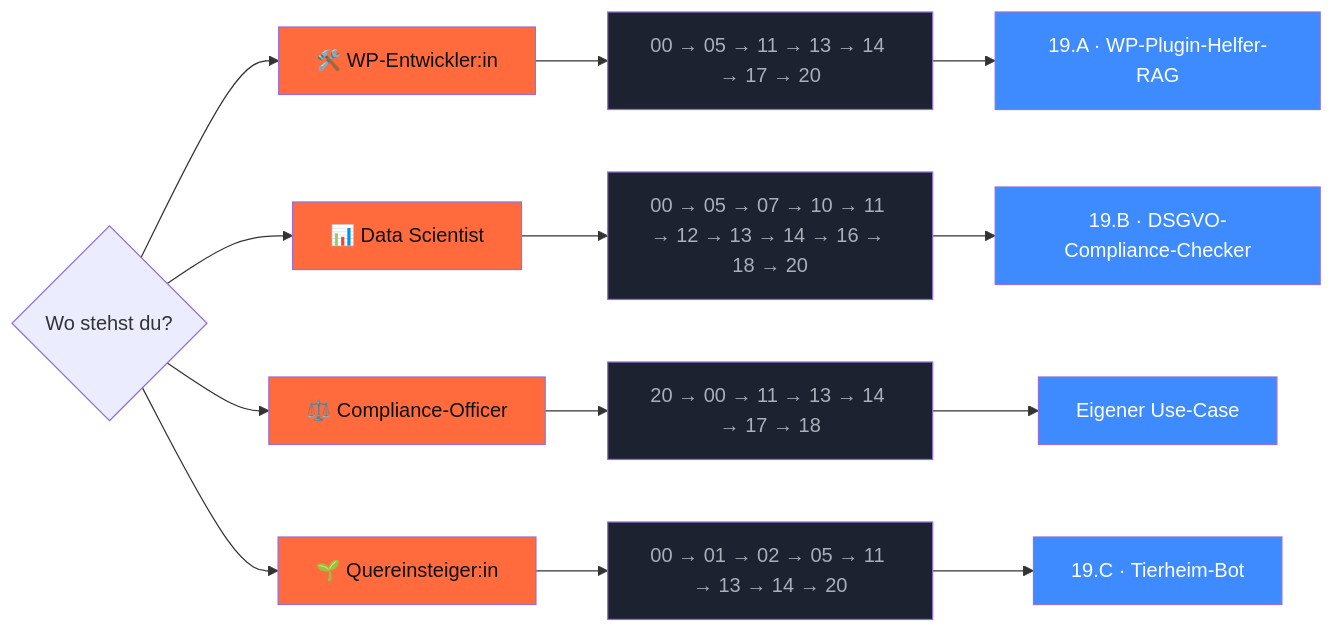
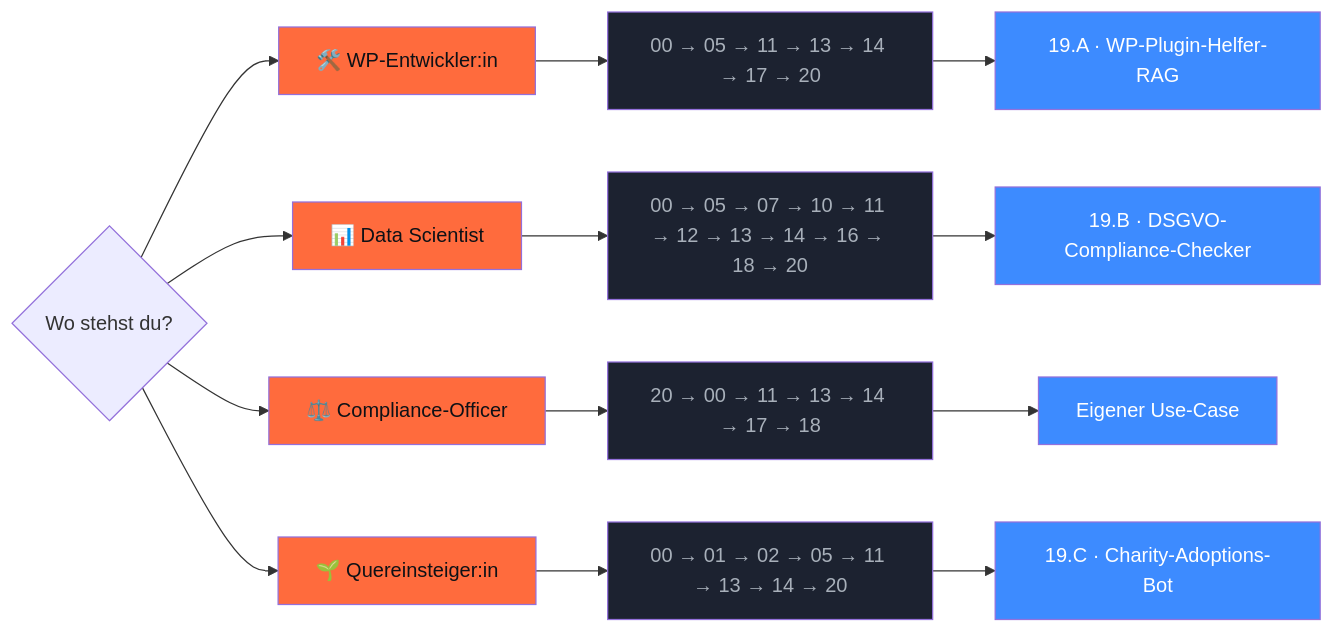
The third of 3 diagrams in README.md (s-a-s-k-i-a/ki-engineering-werkstatt), drawn with Mermaid before and after one commit. The commit also changed other lines of this file and 20 other files, not shown here.

````diff
--- a/README.md
+++ b/README.md
@@ -231,26 +296,26 @@
 ```mermaid
 flowchart LR
     Start{Wo stehst du?}
 
     Start --> WP[🛠️ WP-Entwickler:in]
     Start --> DS[📊 Data Scientist]
     Start --> CO[⚖️ Compliance-Officer]
     Start --> QE[🌱 Quereinsteiger:in]
 
     WP --> WPp[00 → 05 → 11 → 13 → 14 → 17 → 20]
     DS --> DSp[00 → 05 → 07 → 10 → 11 → 12 → 13 → 14 → 16 → 18 → 20]
     CO --> COp[20 → 00 → 11 → 13 → 14 → 17 → 18]
     QE --> QEp[00 → 01 → 02 → 05 → 11 → 13 → 14 → 20]
 
     WPp --> Cap1[19.A · WP-Plugin-Helfer-RAG]
     DSp --> Cap2[19.B · DSGVO-Compliance-Checker]
     COp --> Cap3[Eigener Use-Case]
-    QEp --> Cap4[19.C · Tierheim-Bot]
+    QEp --> Cap4[19.C · Charity-Adoptions-Bot]
 
     classDef profile fill:#FF6B3D,color:#0E1116
     classDef path fill:#1c2230,color:#A8B0BA
     classDef capstone fill:#3D8BFF,color:#FFF
     class WP,DS,CO,QE profile
     class WPp,DSp,COp,QEp path
     class Cap1,Cap2,Cap3,Cap4 capstone
 ```
````
